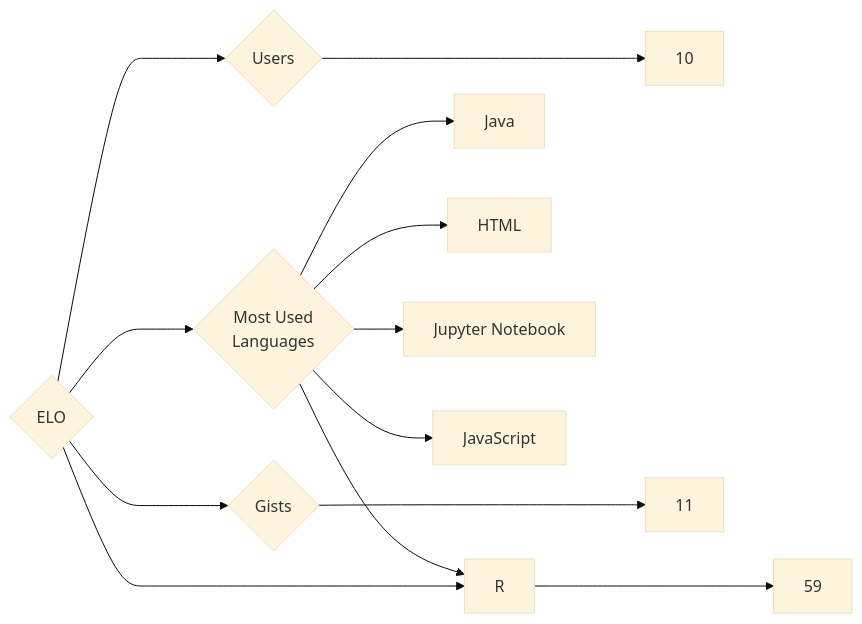
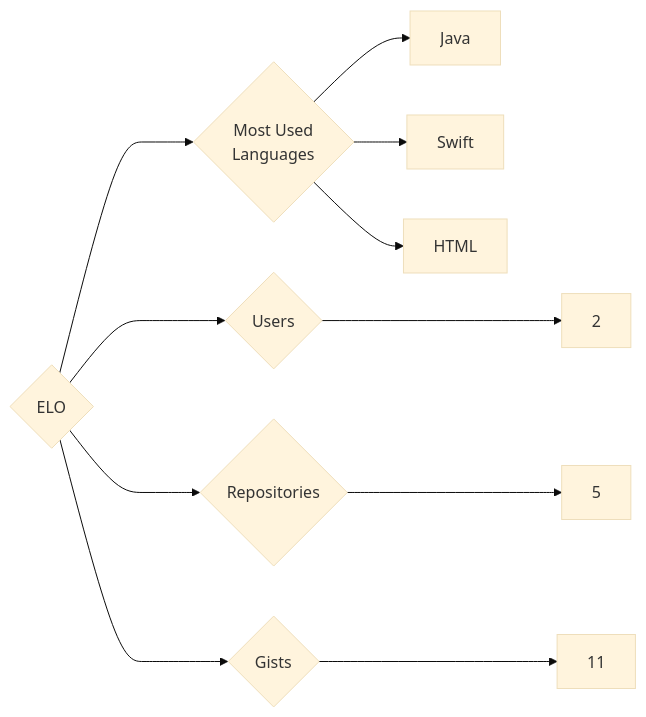
The diagram in targets/ELO/README.md (trickest/insiders), drawn with Mermaid (base theme) before and after one commit. The commit also changed 1238 other files, not shown here.

````diff
--- a/targets/ELO/README.md
+++ b/targets/ELO/README.md
@@ -3,13 +3,11 @@
 ```mermaid
 graph LR
 COMPANY_NAME{ELO}
-COMPANY_NAME ---> U{Users} ---> UN[10]
-COMPANY_NAME ---> R{Repositories} ---> RN[59]
+COMPANY_NAME ---> U{Users} ---> UN[2]
+COMPANY_NAME ---> R{Repositories} ---> RN[5]
 COMPANY_NAME ---> G{Gists} ---> GN[11]
 COMPANY_NAME ---> ML{Most Used<br>Languages}
 ML --> Java[Java]
+ML --> Swift[Swift]
 ML --> HTML[HTML]
-ML --> R[R]
-ML --> Jupyter_Notebook[Jupyter Notebook]
-ML --> JavaScript[JavaScript]
 ```
````
